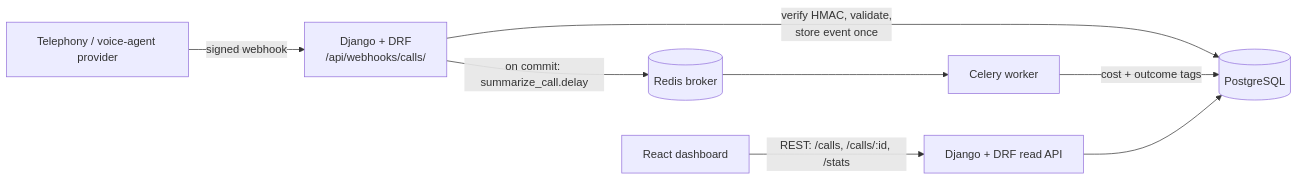
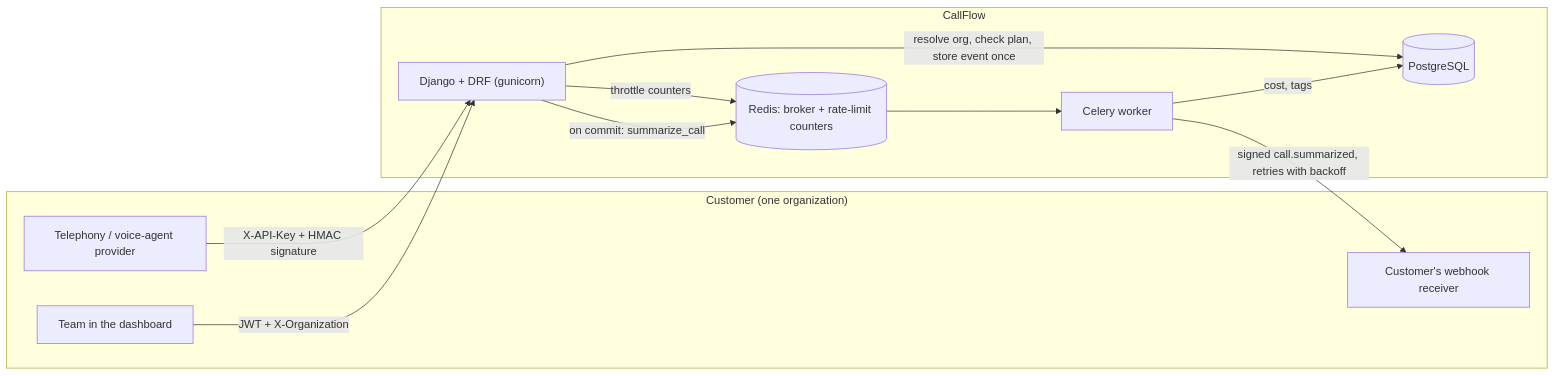
Before and after one commit to Vedansh-0611/callflow-analytics-api: the first of 2 diagrams in README.md, drawn with Mermaid. The commit also changed other lines of this file and 1 other file, not shown here.

Commit message:
Rewrite the README as a product: features, architecture, quickstart, Render deploy, trade-offs, roadmap

````diff
--- a/README.md
+++ b/README.md
@@ -29,10 +32,24 @@
 ```mermaid
 flowchart LR
-    P[Telephony / voice-agent provider] -- signed webhook --> W[Django + DRF<br/>/api/webhooks/calls/]
-    W -- verify HMAC, validate,<br/>store event once --> DB[(PostgreSQL)]
-    W -- on commit: summarize_call.delay --> R[(Redis broker)]
-    R --> C[Celery worker]
-    C -- cost + outcome tags --> DB
-    D[React dashboard] -- REST: /calls, /calls/:id, /stats --> API[Django + DRF read API]
-    API --> DB
+    subgraph Customer["Customer (one organization)"]
+        P[Telephony / voice-agent provider]
+        R[Customer's webhook receiver]
+        U[Team in the dashboard]
+    end
+
+    subgraph CallFlow
+        W["Django + DRF (gunicorn)"]
+        DB[(PostgreSQL)]
+        RD[("Redis: broker + rate-limit counters")]
+        C[Celery worker]
+    end
+
+    P -- "X-API-Key + HMAC signature" --> W
+    U -- "JWT + X-Organization" --> W
+    W -- "resolve org, check plan, store event once" --> DB
+    W -- "throttle counters" --> RD
+    W -- "on commit: summarize_call" --> RD
+    RD --> C
+    C -- "cost, tags" --> DB
+    C -- "signed call.summarized, retries with backoff" --> R
 ```
````
